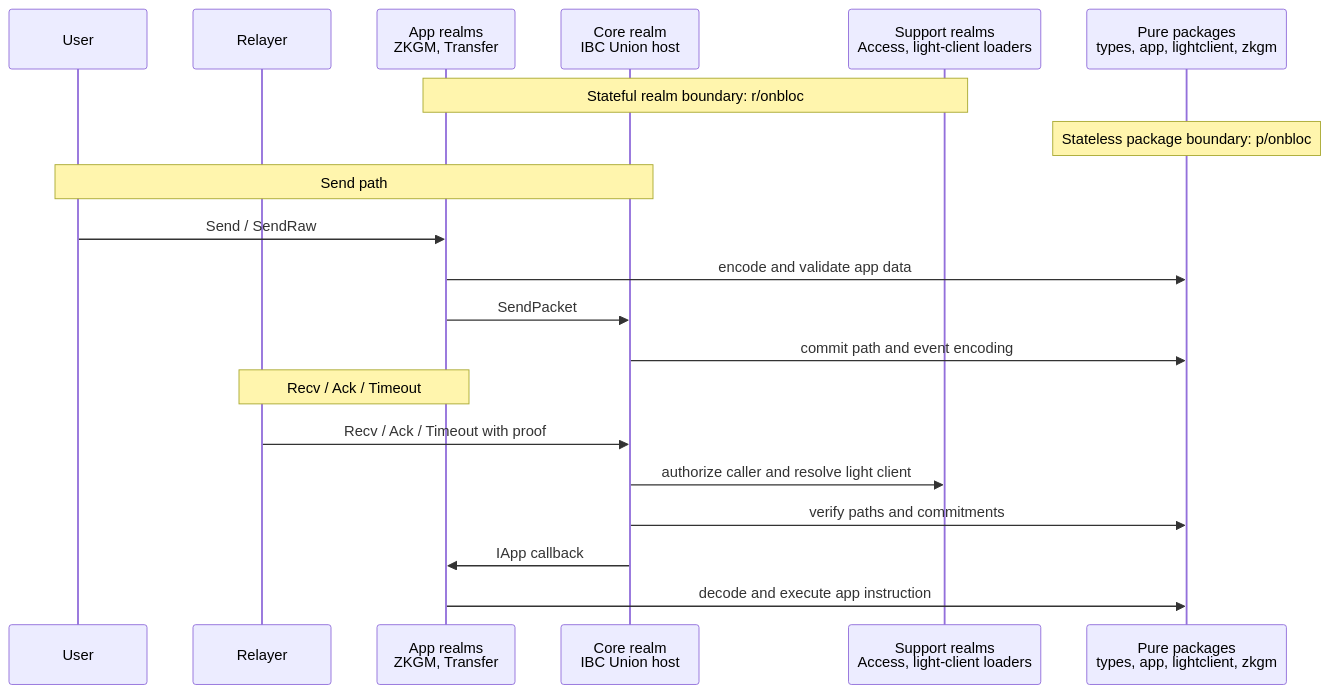
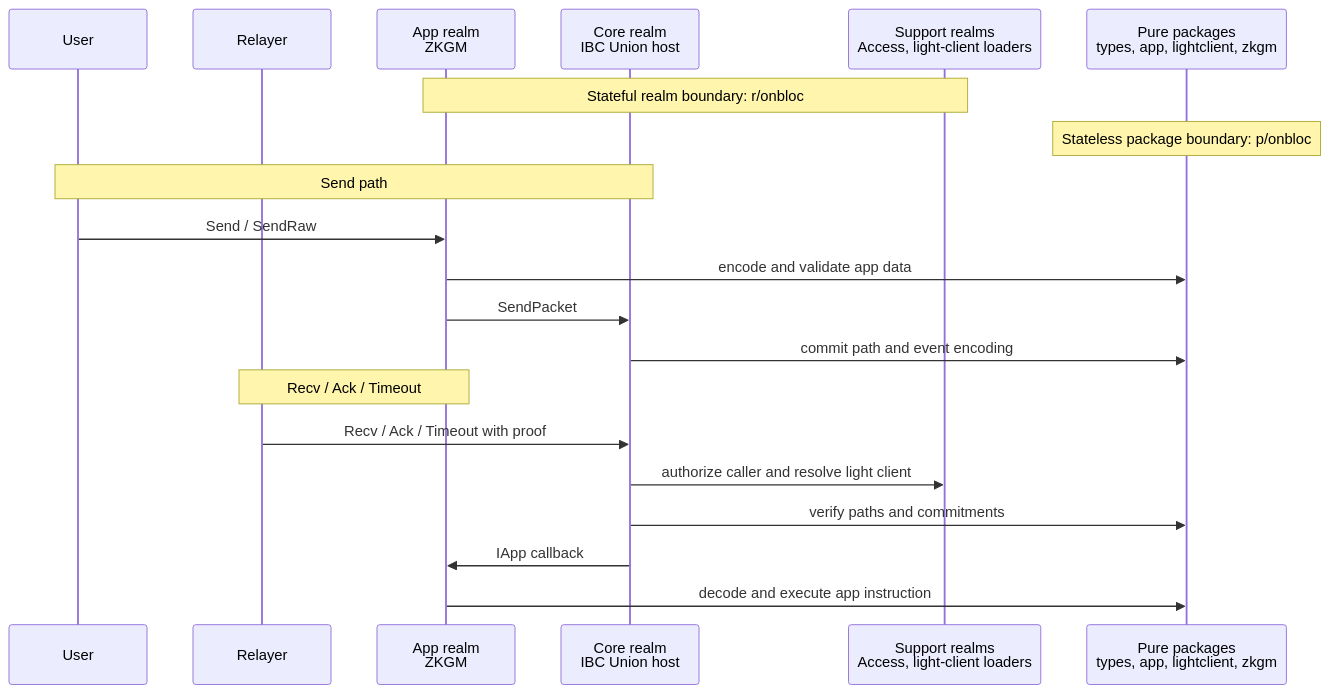
One commit to onbloc/gno-ibc changed the diagram in docs/architecture/README.md. Above: the diagram before and after it, drawn with Mermaid. The commit also changed other lines of this file and 1 other file, not shown here.

Commit message:
docs: remove transfer app architecture references

````diff
--- a/docs/architecture/README.md
+++ b/docs/architecture/README.md
@@ -54,25 +53,25 @@
 ```mermaid
 sequenceDiagram
     participant User
     participant Relayer
-    participant App as App realms<br/>ZKGM, Transfer
+    participant App as App realm<br/>ZKGM
     participant Core as Core realm<br/>IBC Union host
     participant Support as Support realms<br/>Access, light-client loaders
     participant Pure as Pure packages<br/>types, app, lightclient, zkgm
 
     Note over App,Support: Stateful realm boundary: r/onbloc
     Note over Pure: Stateless package boundary: p/onbloc
 
     Note over User,Core: Send path
     User->>App: Send / SendRaw
     App->>Pure: encode and validate app data
     App->>Core: SendPacket
     Core->>Pure: commit path and event encoding
 
     Note over Relayer,App: Recv / Ack / Timeout
     Relayer->>Core: Recv / Ack / Timeout with proof
     Core->>Support: authorize caller and resolve light client
     Core->>Pure: verify paths and commitments
     Core->>App: IApp callback
     App->>Pure: decode and execute app instruction
 ```
````
